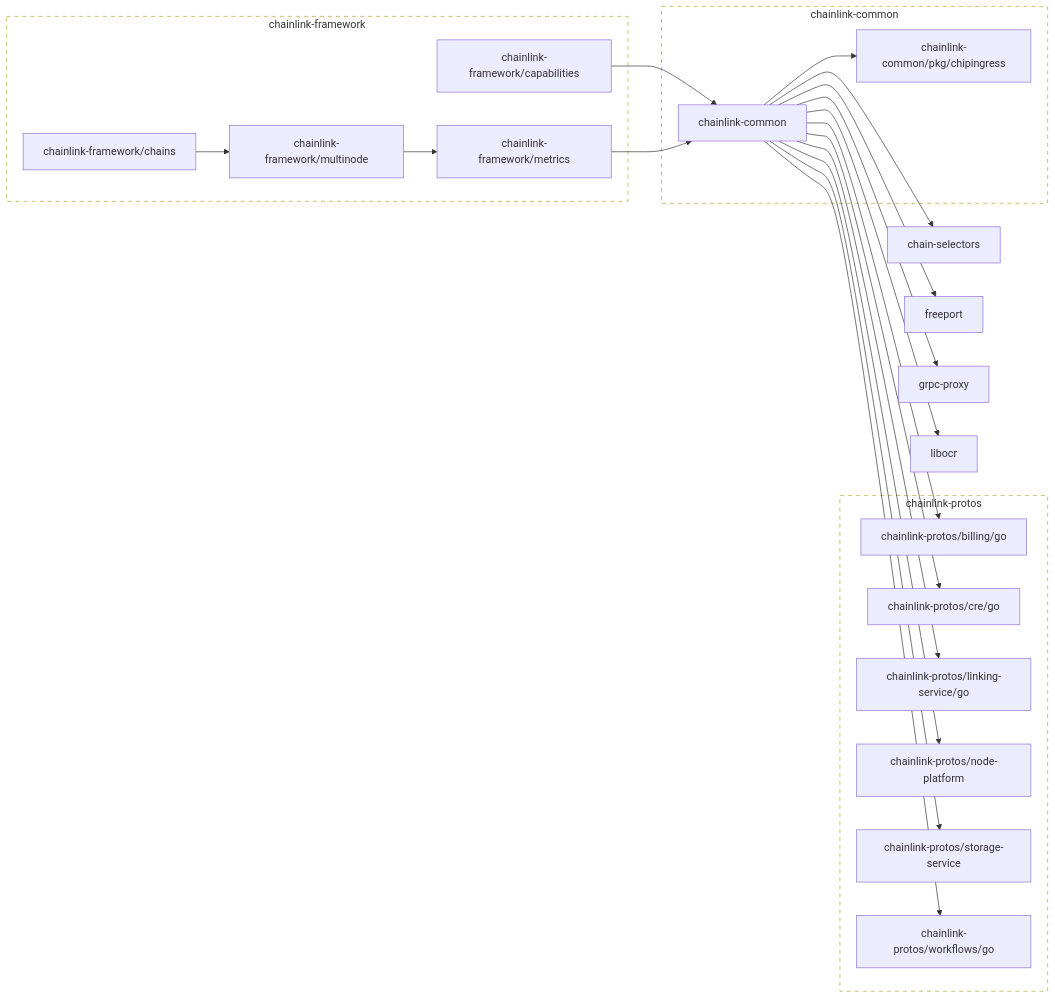
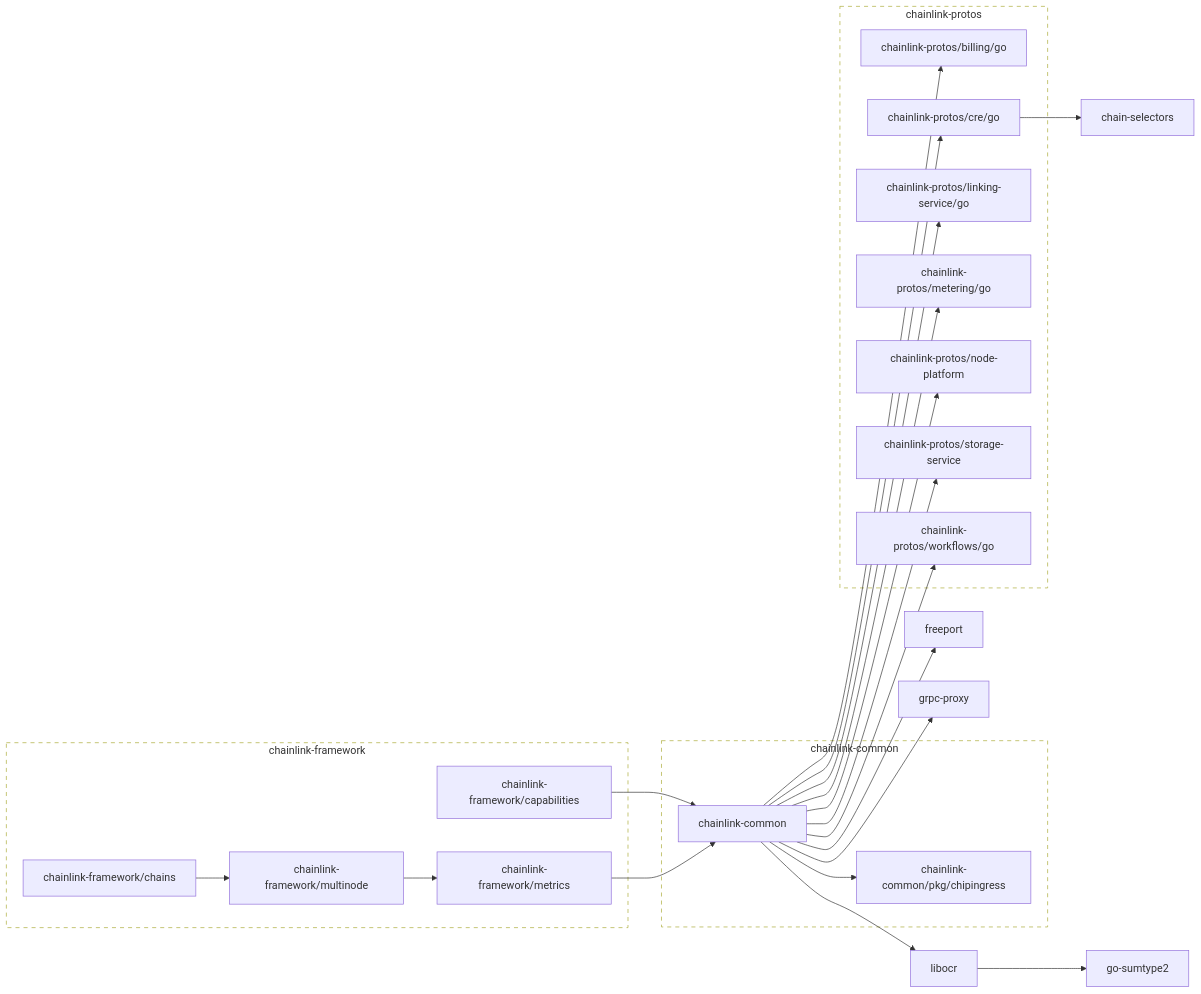
The diagram in go.md (smartcontractkit/chainlink-framework), drawn with Mermaid before and after one commit. The commit also changed 46 other files, not shown here.

````diff
--- a/go.md
+++ b/go.md
@@ -3,73 +3,78 @@
 ```mermaid
 flowchart LR
 
 	chain-selectors
 	click chain-selectors href "https://github.com/smartcontractkit/chain-selectors"
-	chainlink-common --> chain-selectors
 	chainlink-common --> chainlink-common/pkg/chipingress
 	chainlink-common --> chainlink-protos/billing/go
 	chainlink-common --> chainlink-protos/cre/go
 	chainlink-common --> chainlink-protos/linking-service/go
+	chainlink-common --> chainlink-protos/metering/go
 	chainlink-common --> chainlink-protos/node-platform
 	chainlink-common --> chainlink-protos/storage-service
 	chainlink-common --> chainlink-protos/workflows/go
 	chainlink-common --> freeport
 	chainlink-common --> grpc-proxy
 	chainlink-common --> libocr
 	click chainlink-common href "https://github.com/smartcontractkit/chainlink-common"
 	chainlink-common/pkg/chipingress
 	click chainlink-common/pkg/chipingress href "https://github.com/smartcontractkit/chainlink-common"
 	chainlink-framework/capabilities --> chainlink-common
 	click chainlink-framework/capabilities href "https://github.com/smartcontractkit/chainlink-framework"
 	chainlink-framework/chains --> chainlink-framework/multinode
 	click chainlink-framework/chains href "https://github.com/smartcontractkit/chainlink-framework"
 	chainlink-framework/metrics --> chainlink-common
 	click chainlink-framework/metrics href "https://github.com/smartcontractkit/chainlink-framework"
 	chainlink-framework/multinode --> chainlink-framework/metrics
 	click chainlink-framework/multinode href "https://github.com/smartcontractkit/chainlink-framework"
 	chainlink-protos/billing/go
 	click chainlink-protos/billing/go href "https://github.com/smartcontractkit/chainlink-protos"
-	chainlink-protos/cre/go
+	chainlink-protos/cre/go --> chain-selectors
 	click chainlink-protos/cre/go href "https://github.com/smartcontractkit/chainlink-protos"
 	chainlink-protos/linking-service/go
 	click chainlink-protos/linking-service/go href "https://github.com/smartcontractkit/chainlink-protos"
+	chainlink-protos/metering/go
+	click chainlink-protos/metering/go href "https://github.com/smartcontractkit/chainlink-protos"
 	chainlink-protos/node-platform
 	click chainlink-protos/node-platform href "https://github.com/smartcontractkit/chainlink-protos"
 	chainlink-protos/storage-service
 	click chainlink-protos/storage-service href "https://github.com/smartcontractkit/chainlink-protos"
 	chainlink-protos/workflows/go
 	click chainlink-protos/workflows/go href "https://github.com/smartcontractkit/chainlink-protos"
 	freeport
 	click freeport href "https://github.com/smartcontractkit/freeport"
+	go-sumtype2
+	click go-sumtype2 href "https://github.com/smartcontractkit/go-sumtype2"
 	grpc-proxy
 	click grpc-proxy href "https://github.com/smartcontractkit/grpc-proxy"
-	libocr
+	libocr --> go-sumtype2
 	click libocr href "https://github.com/smartcontractkit/libocr"
 
 	subgraph chainlink-common-repo[chainlink-common]
 		 chainlink-common
 		 chainlink-common/pkg/chipingress
 	end
 	click chainlink-common-repo href "https://github.com/smartcontractkit/chainlink-common"
 
 	subgraph chainlink-framework-repo[chainlink-framework]
 		 chainlink-framework/capabilities
 		 chainlink-framework/chains
 		 chainlink-framework/metrics
 		 chainlink-framework/multinode
 	end
 	click chainlink-framework-repo href "https://github.com/smartcontractkit/chainlink-framework"
 
 	subgraph chainlink-protos-repo[chainlink-protos]
 		 chainlink-protos/billing/go
 		 chainlink-protos/cre/go
 		 chainlink-protos/linking-service/go
+		 chainlink-protos/metering/go
 		 chainlink-protos/node-platform
 		 chainlink-protos/storage-service
 		 chainlink-protos/workflows/go
 	end
 	click chainlink-protos-repo href "https://github.com/smartcontractkit/chainlink-protos"
 
 	classDef outline stroke-dasharray:6,fill:none;
 	class chainlink-common-repo,chainlink-framework-repo,chainlink-protos-repo outline
 ```
````
